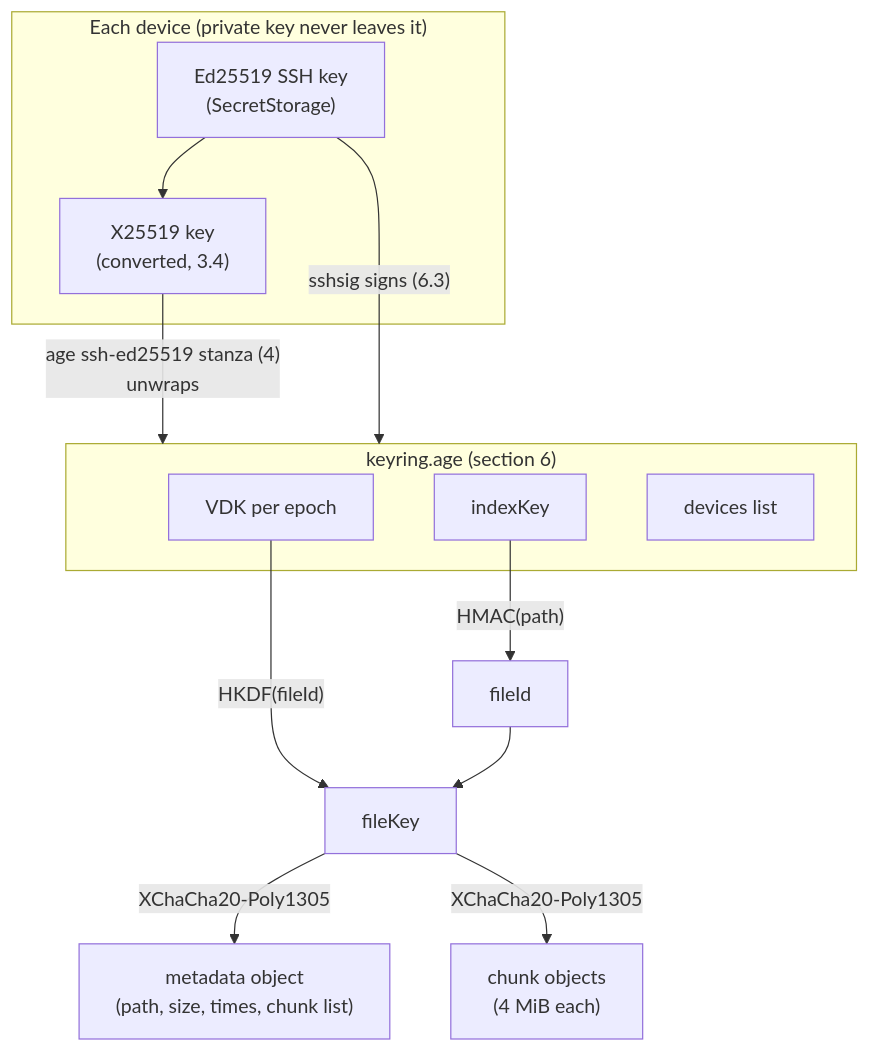
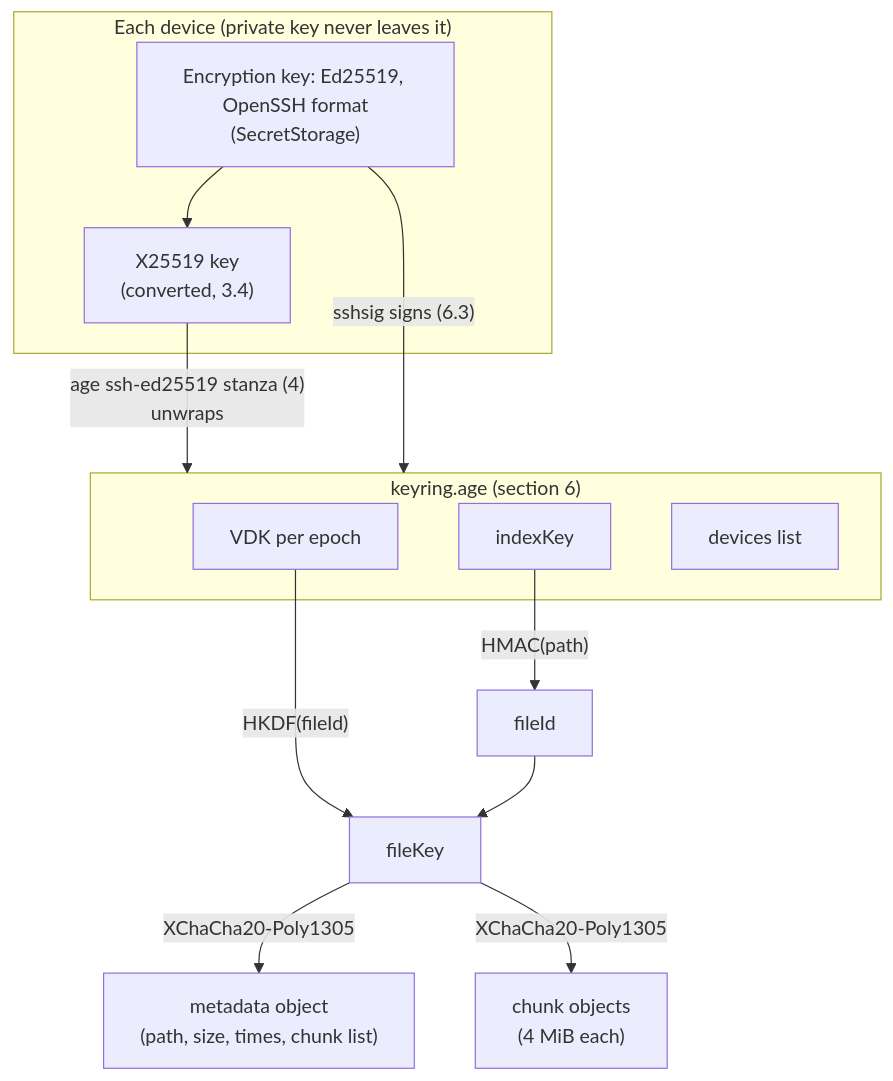
One commit to ibehren1/obsidian-vault-syncryption changed the first of 8 diagrams in docs/crypto.md. Above: the diagram before and after it, drawn with Mermaid. The commit also changed other lines of this file and 47 other files, not shown here.

````diff
--- a/docs/crypto.md
+++ b/docs/crypto.md
@@ -14,20 +14,20 @@
 ```mermaid
 flowchart TD
     subgraph device["Each device (private key never leaves it)"]
-        ssh["Ed25519 SSH key<br/>(SecretStorage)"]
+        ssh["Encryption key: Ed25519, OpenSSH format<br/>(SecretStorage)"]
         x["X25519 key<br/>(converted, 3.4)"]
         ssh --> x
     end
     subgraph keyring["keyring.age (section 6)"]
         vdk["VDK per epoch"]
         idx["indexKey"]
         devs["devices list"]
     end
     x -- "age ssh-ed25519 stanza (4)<br/>unwraps" --> keyring
     ssh -- "sshsig signs (6.3)" --> keyring
     idx -- "HMAC(path)" --> fid["fileId"]
     vdk -- "HKDF(fileId)" --> fk["fileKey"]
     fid --> fk
     fk -- "XChaCha20-Poly1305" --> meta["metadata object<br/>(path, size, times, chunk list)"]
     fk -- "XChaCha20-Poly1305" --> chunks["chunk objects<br/>(4 MiB each)"]
 ```
````
